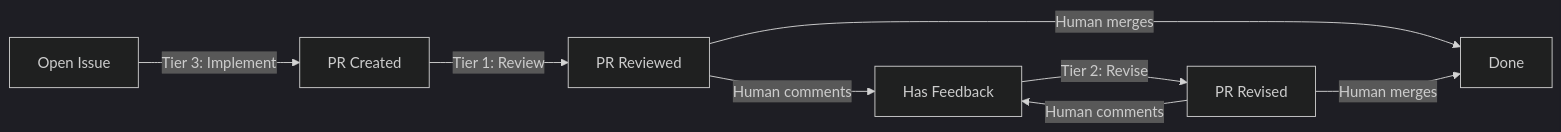
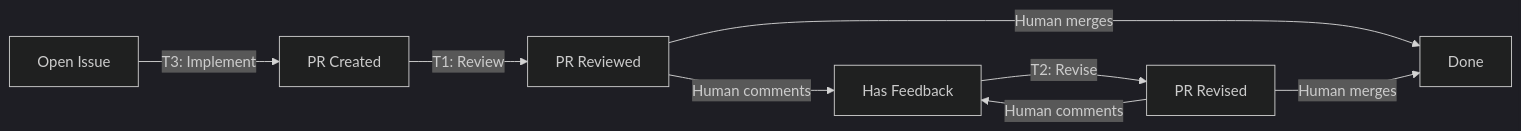
One commit to zachmayer/skills changed the diagram in skills/heartbeat/SKILL.md. Above: the diagram before and after it, drawn with Mermaid (dark theme). The commit also changed other lines of this file, not shown here.

First line of the commit message:
Add prior art review protocol, remove Tier 4 (separate PR)

````diff
--- a/skills/heartbeat/SKILL.md
+++ b/skills/heartbeat/SKILL.md
@@ -82,10 +100,10 @@
 ```mermaid
 graph LR
-    A[Open Issue] -->|"Tier 3: Implement"| B[PR Created]
-    B -->|"Tier 1: Review"| C[PR Reviewed]
+    A[Open Issue] -->|"T3: Implement"| B[PR Created]
+    B -->|"T1: Review"| C[PR Reviewed]
     C -->|Human merges| F[Done]
     C -->|Human comments| D[Has Feedback]
-    D -->|"Tier 2: Revise"| E[PR Revised]
+    D -->|"T2: Revise"| E[PR Revised]
     E -->|Human merges| F
     E -->|Human comments| D
 ```
````
